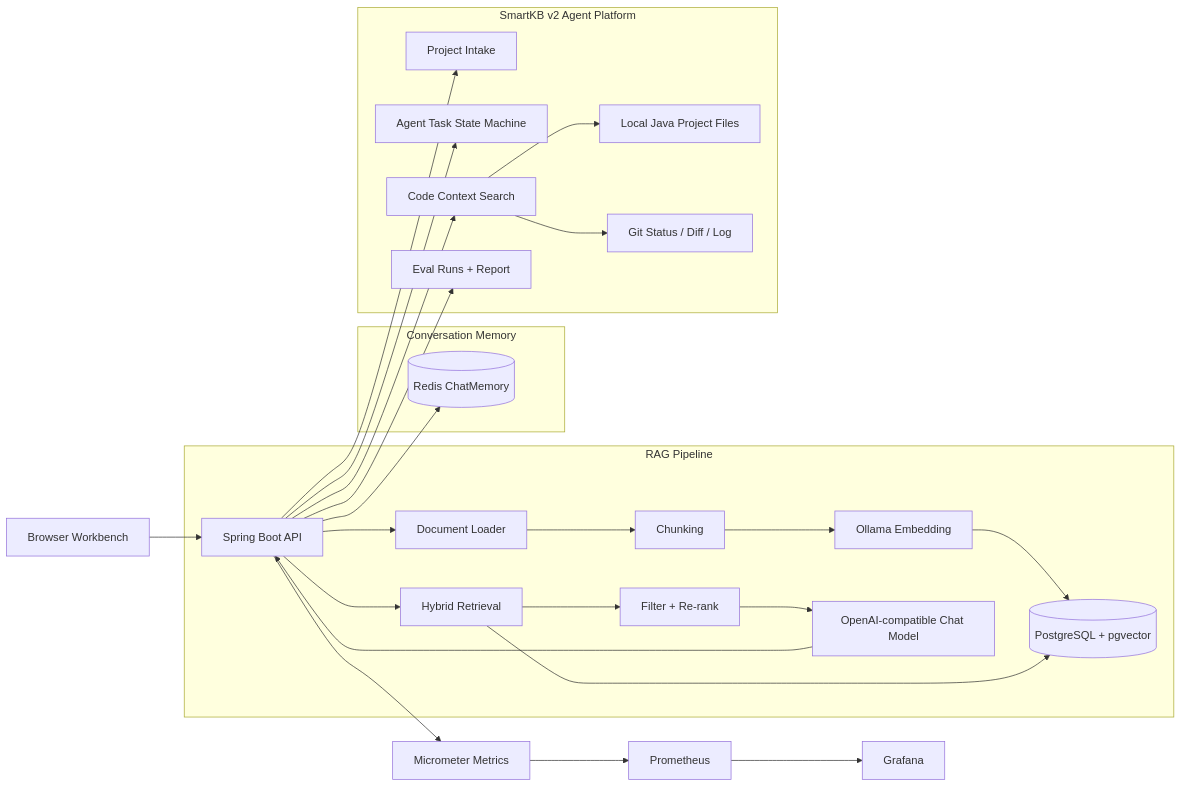
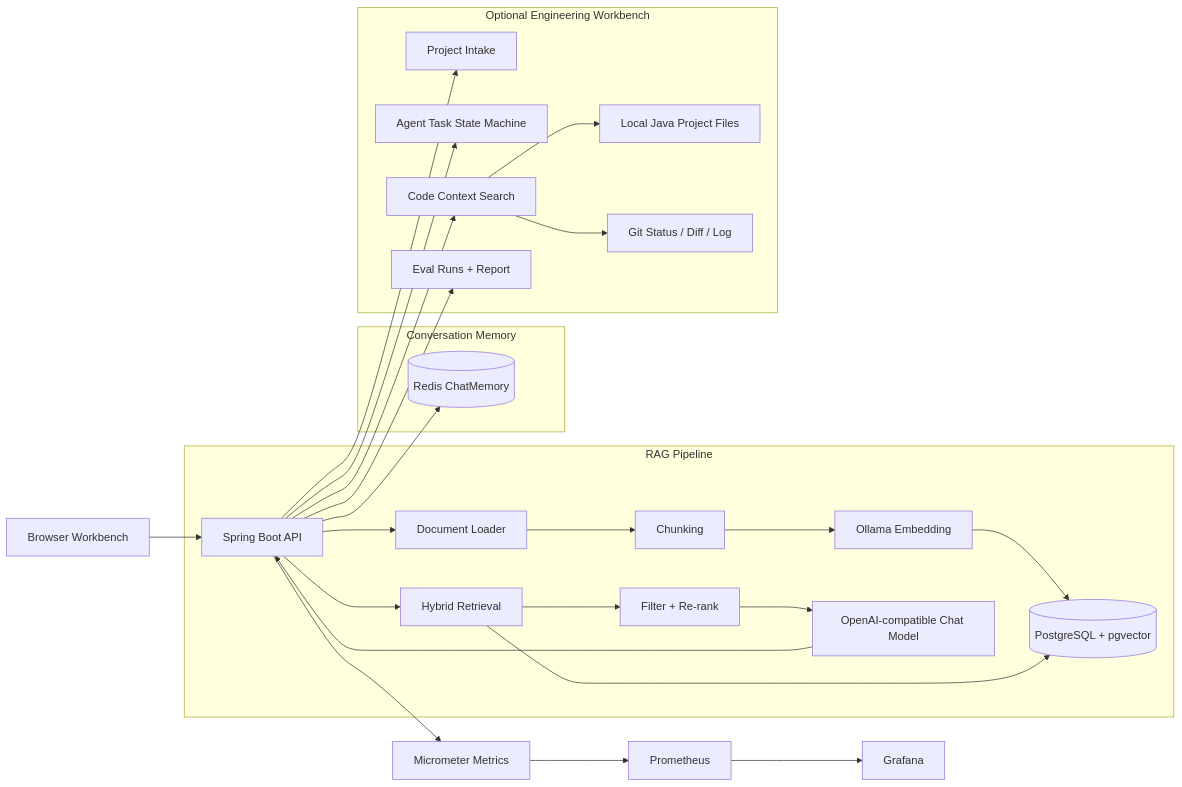
The diagram in README.md (xiongzhi-xz/smartkb-java21-spring-ai-rag), drawn with Mermaid before and after one commit. The commit also changed other lines of this file and 15 other files, not shown here.

Commit message:
docs: focus github demo on rag flow

````diff
--- a/README.md
+++ b/README.md
@@ -40,33 +40,33 @@
 ```mermaid
 flowchart LR
     U[Browser Workbench] --> API[Spring Boot API]
 
     subgraph RAG["RAG Pipeline"]
         API --> Loader[Document Loader]
         Loader --> Splitter[Chunking]
         Splitter --> Emb[Ollama Embedding]
         Emb --> PG[(PostgreSQL + pgvector)]
         API --> Retrieval[Hybrid Retrieval]
         Retrieval --> PG
         Retrieval --> Rerank[Filter + Re-rank]
         Rerank --> Chat[OpenAI-compatible Chat Model]
         Chat --> API
     end
 
     subgraph Memory["Conversation Memory"]
         API --> Redis[(Redis ChatMemory)]
     end
 
-    subgraph Agent["SmartKB v2 Agent Platform"]
+    subgraph Agent["Optional Engineering Workbench"]
         API --> Intake[Project Intake]
         API --> Task[Agent Task State Machine]
         API --> Code[Code Context Search]
         API --> Eval[Eval Runs + Report]
         Code --> FS[Local Java Project Files]
         Code --> Git[Git Status / Diff / Log]
     end
 
     API --> Metrics[Micrometer Metrics]
     Metrics --> Prom[Prometheus]
     Prom --> Grafana[Grafana]
 ```
````
